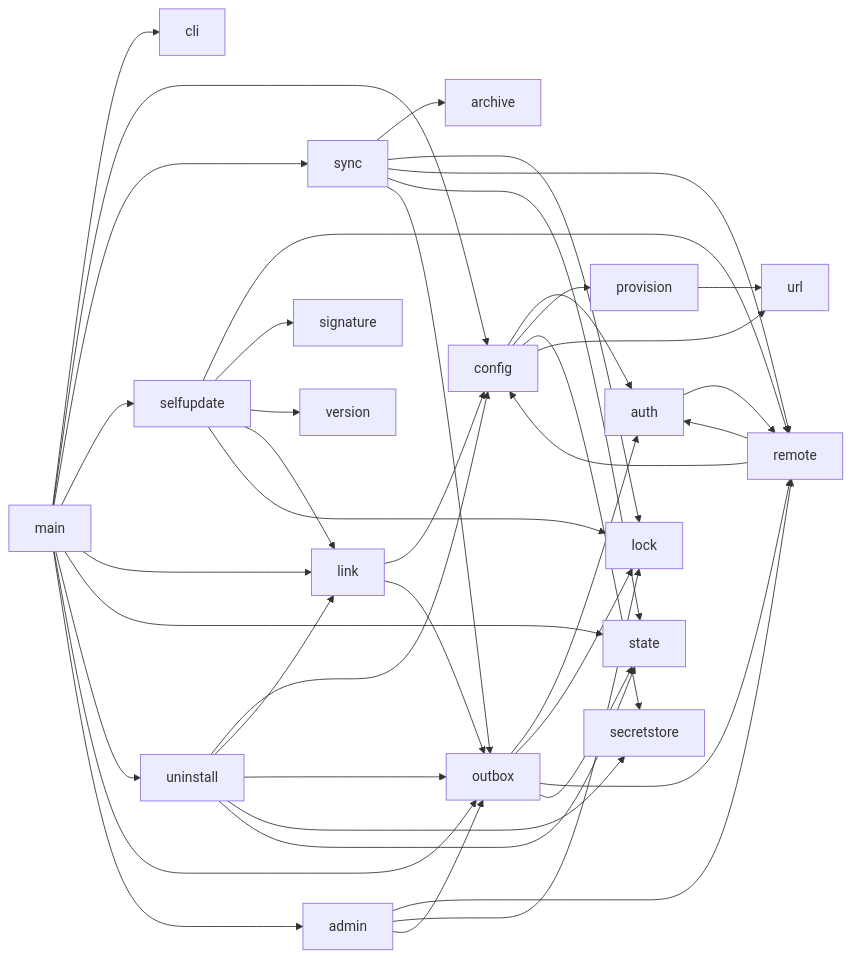
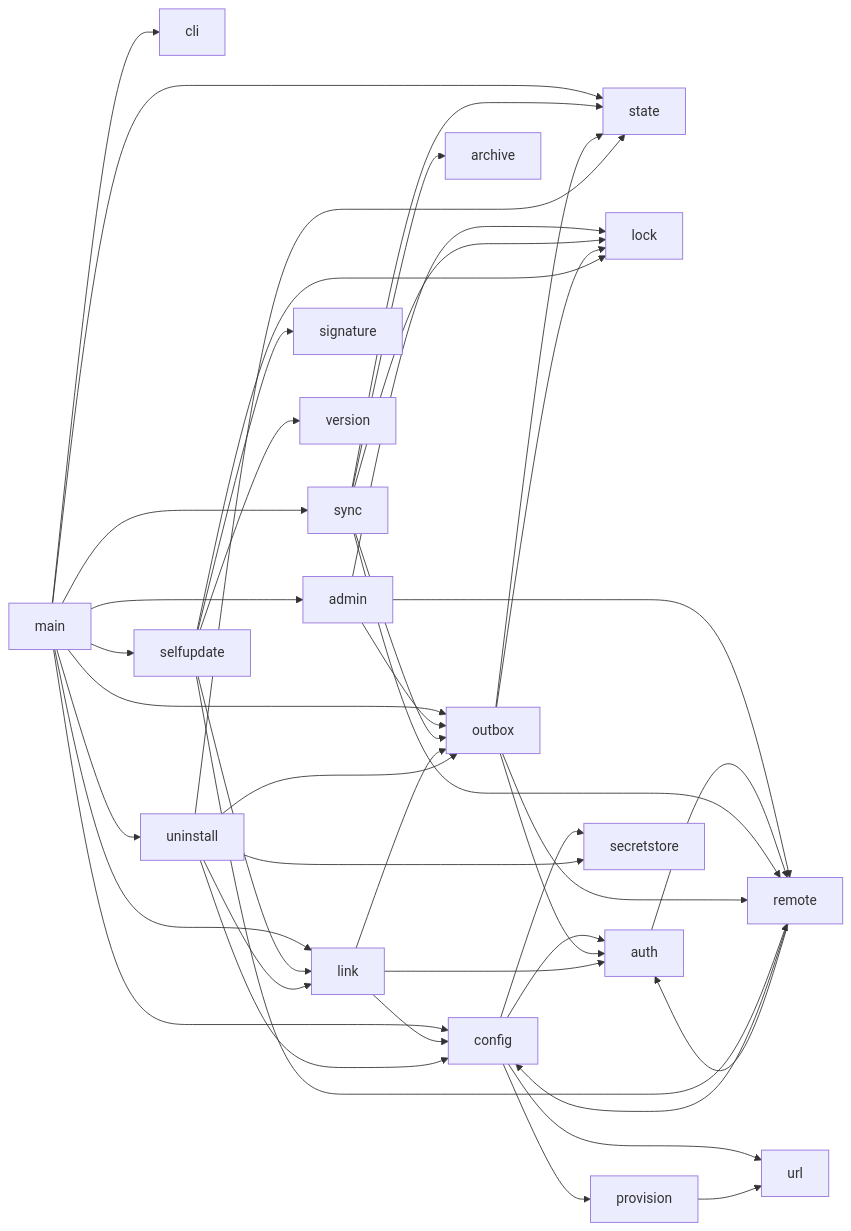
One commit to damac-italia/brainmaker changed the diagram in docs/ARCHITECTURE.md. Above: the diagram before and after it, drawn with Mermaid. The commit also changed other lines of this file and 10 other files, not shown here.

````diff
--- a/docs/ARCHITECTURE.md
+++ b/docs/ARCHITECTURE.md
@@ -47,44 +47,45 @@
 ```mermaid
 graph LR
     main --> cli
     main --> config
     main --> sync
     main --> selfupdate
     main --> link
     main --> state
     main --> uninstall
     main --> outbox
     main --> admin
     admin --> remote
     admin --> lock
     admin --> outbox
     config --> auth
     config --> provision
     config --> secretstore
     config --> url
     provision --> url
     auth --> remote
     sync --> archive
     sync --> lock
     sync --> remote
     sync --> state
     sync --> outbox
     outbox --> auth
     outbox --> lock
     outbox --> remote
     outbox --> state
     selfupdate --> remote
     selfupdate --> signature
     selfupdate --> version
     selfupdate --> link
     selfupdate --> lock
     remote --> config
     remote --> auth
+    link --> auth
     link --> config
     link --> outbox
     uninstall --> config
     uninstall --> link
     uninstall --> outbox
     uninstall --> secretstore
     uninstall --> state
 ```
````
